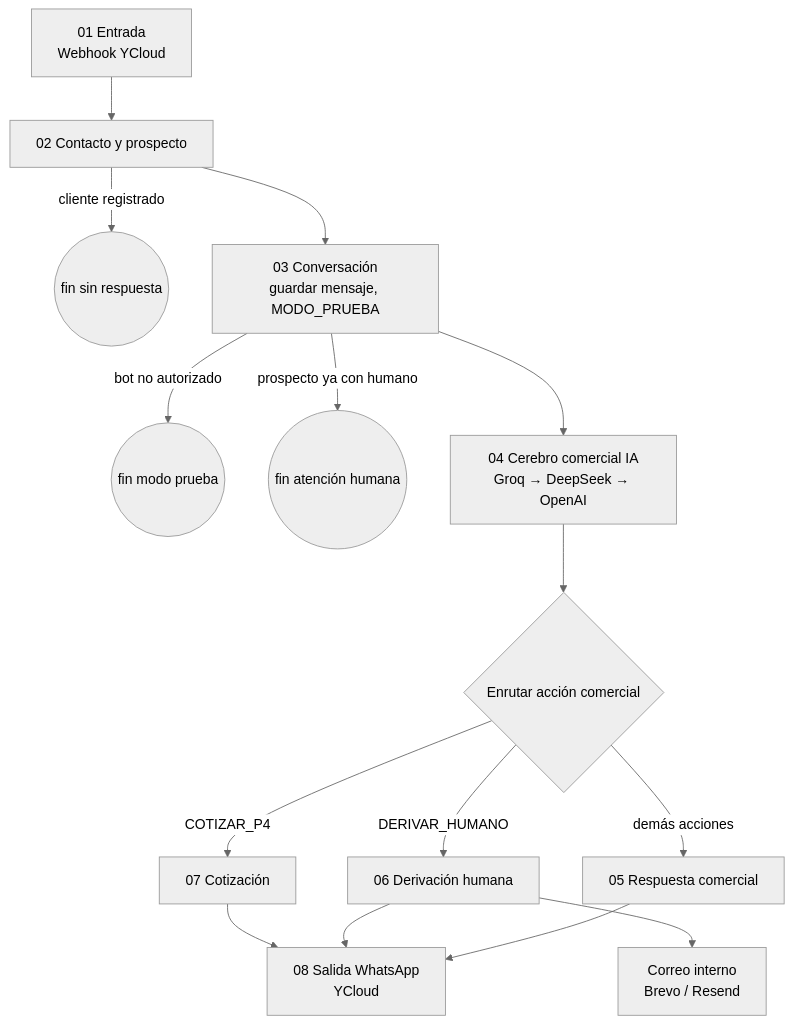
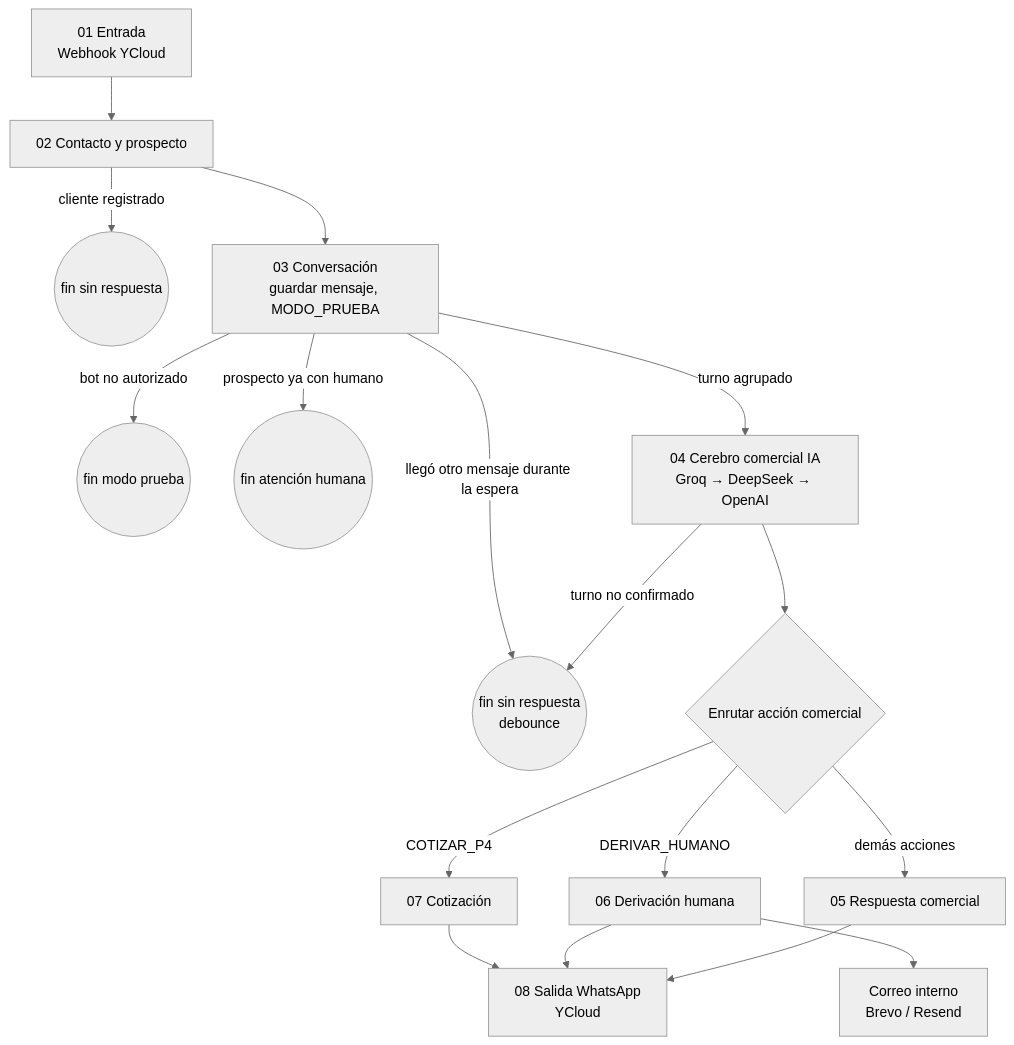
Before and after one commit to Theborycuas/pegaso-n8n: the first of 2 diagrams in docs/arquitectura.md, drawn with Mermaid (neutral theme). The commit also changed other lines of this file and 45 other files, not shown here.

````diff
--- a/docs/arquitectura.md
+++ b/docs/arquitectura.md
@@ -20,17 +20,19 @@
 ```mermaid
 flowchart TD
     A[01 Entrada<br/>Webhook YCloud] --> B[02 Contacto y prospecto]
     B -->|cliente registrado| X1((fin sin respuesta))
     B --> C[03 Conversación<br/>guardar mensaje, MODO_PRUEBA]
     C -->|bot no autorizado| X2((fin modo prueba))
     C -->|prospecto ya con humano| X3((fin atención humana))
-    C --> D[04 Cerebro comercial IA<br/>Groq → DeepSeek → OpenAI]
+    C -->|llegó otro mensaje durante la espera| X4((fin sin respuesta<br/>debounce))
+    C -->|turno agrupado| D[04 Cerebro comercial IA<br/>Groq → DeepSeek → OpenAI]
+    D -->|turno no confirmado| X4
     D --> S{Enrutar acción comercial}
     S -->|COTIZAR_P4| F[07 Cotización]
     S -->|DERIVAR_HUMANO| E[06 Derivación humana]
     S -->|demás acciones| R[05 Respuesta comercial]
     F --> W[08 Salida WhatsApp<br/>YCloud]
     E --> W
     R --> W
     E --> N[Correo interno<br/>Brevo / Resend]
 ```
````
